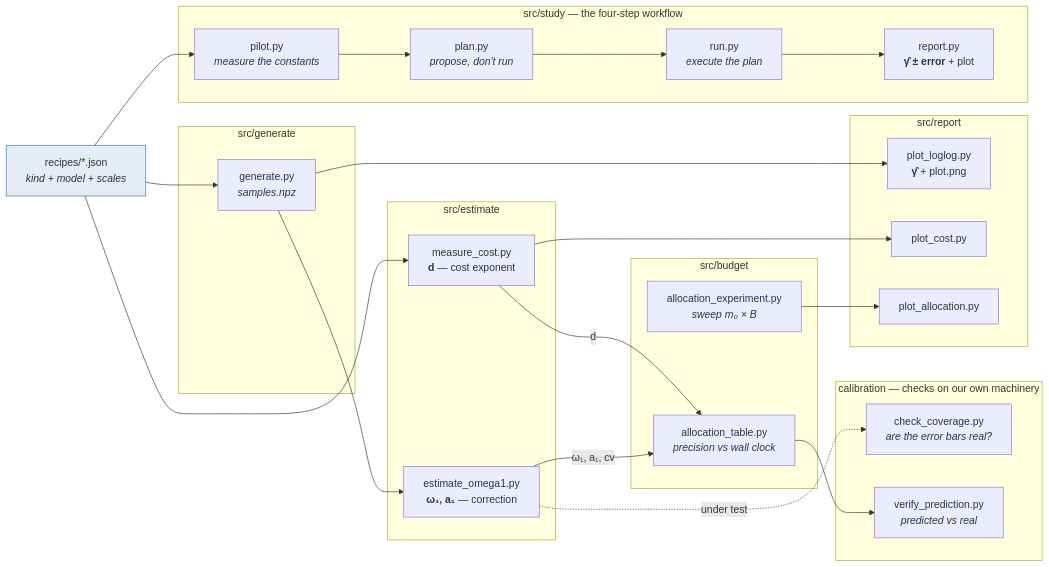
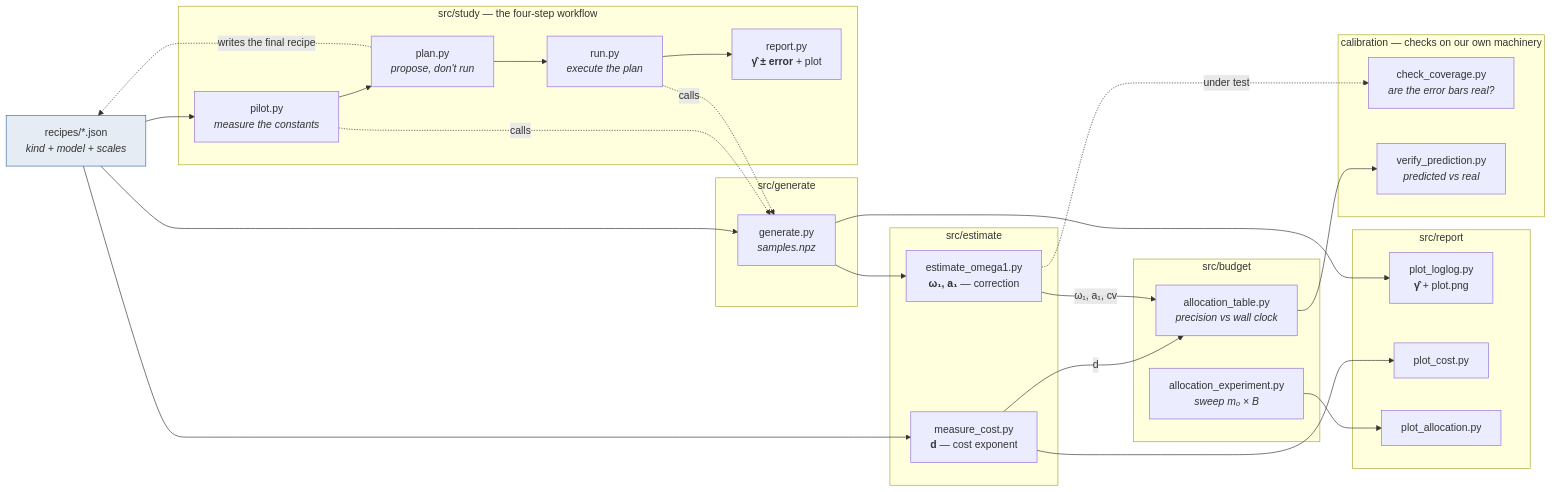
One commit to IgorSSBarbosa/loglog_validation changed the diagram in README.md. Above: the diagram before and after it, drawn with Mermaid. The commit also changed other lines of this file and 4 other files, not shown here.

````diff
--- a/README.md
+++ b/README.md
@@ -14,50 +14,53 @@
 ```mermaid
 flowchart LR
     RCP["recipes/*.json<br/><i>kind + model + scales</i>"]
 
     subgraph generate["src/generate"]
         GEN["generate.py<br/><i>samples.npz</i>"]
     end
 
     subgraph estimate["src/estimate"]
         MC["measure_cost.py<br/><b>d</b> — cost exponent"]
         EO["estimate_omega1.py<br/><b>ω₁, a₁</b> — correction"]
     end
 
     subgraph budget["src/budget"]
         AT["allocation_table.py<br/><i>precision vs wall clock</i>"]
         AE["allocation_experiment.py<br/><i>sweep m₀ × B</i>"]
     end
 
     subgraph calib["calibration — checks on our own machinery"]
         CC["check_coverage.py<br/><i>are the error bars real?</i>"]
         VP["verify_prediction.py<br/><i>predicted vs real</i>"]
     end
 
     subgraph study["src/study — the four-step workflow"]
         PI["pilot.py<br/><i>measure the constants</i>"]
         PN["plan.py<br/><i>propose, don't run</i>"]
         RN["run.py<br/><i>execute the plan</i>"]
         RP["report.py<br/><b>γ̂ ± error</b> + plot"]
         PI --> PN --> RN --> RP
     end
 
     subgraph report["src/report"]
         PL["plot_loglog.py<br/><b>γ̂</b> + plot.png"]
         PC["plot_cost.py"]
         PA["plot_allocation.py"]
     end
 
     RCP --> PI
+    PN -. "writes the final recipe" .-> RCP
     RCP --> GEN --> PL
+    PI -. calls .-> GEN
+    RN -. calls .-> GEN
     RCP --> MC --> PC
     GEN --> EO
     MC -- d --> AT
     EO -- "ω₁, a₁, cv" --> AT
     AT --> VP
     AE --> PA
     EO -.under test.-> CC
 
     classDef lib fill:#3b6ea522,stroke:#3b6ea5
     class RCP lib
 ```
````
